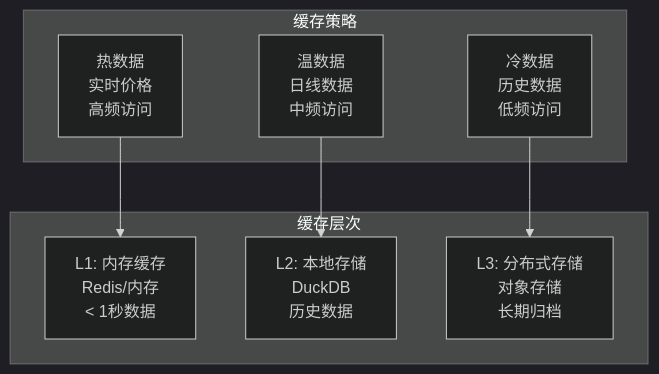
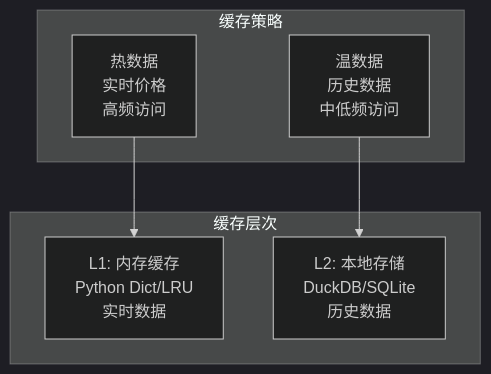
The third of 4 diagrams in .kiro/specs/vprism-financial-data-platform/design.md (wxxb789/vprism), drawn with Mermaid (dark theme) before and after one commit. The commit also changed other lines of this file and 1 other file, not shown here.

````diff
--- a/.kiro/specs/vprism-financial-data-platform/design.md
+++ b/.kiro/specs/vprism-financial-data-platform/design.md
@@ -255,18 +255,15 @@
 ```mermaid
 graph TD
     subgraph "缓存层次"
-        L1[L1: 内存缓存<br/>Redis/内存<br/>< 1秒数据]
-        L2[L2: 本地存储<br/>DuckDB<br/>历史数据]
-        L3[L3: 分布式存储<br/>对象存储<br/>长期归档]
+        L1[L1: 内存缓存<br/>Python Dict/LRU<br/>实时数据]
+        L2[L2: 本地存储<br/>DuckDB/SQLite<br/>历史数据]
     end
     
     subgraph "缓存策略"
         HOT[热数据<br/>实时价格<br/>高频访问]
-        WARM[温数据<br/>日线数据<br/>中频访问]
-        COLD[冷数据<br/>历史数据<br/>低频访问]
+        WARM[温数据<br/>历史数据<br/>中低频访问]
     end
     
     HOT --> L1
     WARM --> L2
-    COLD --> L3
 ```
````
